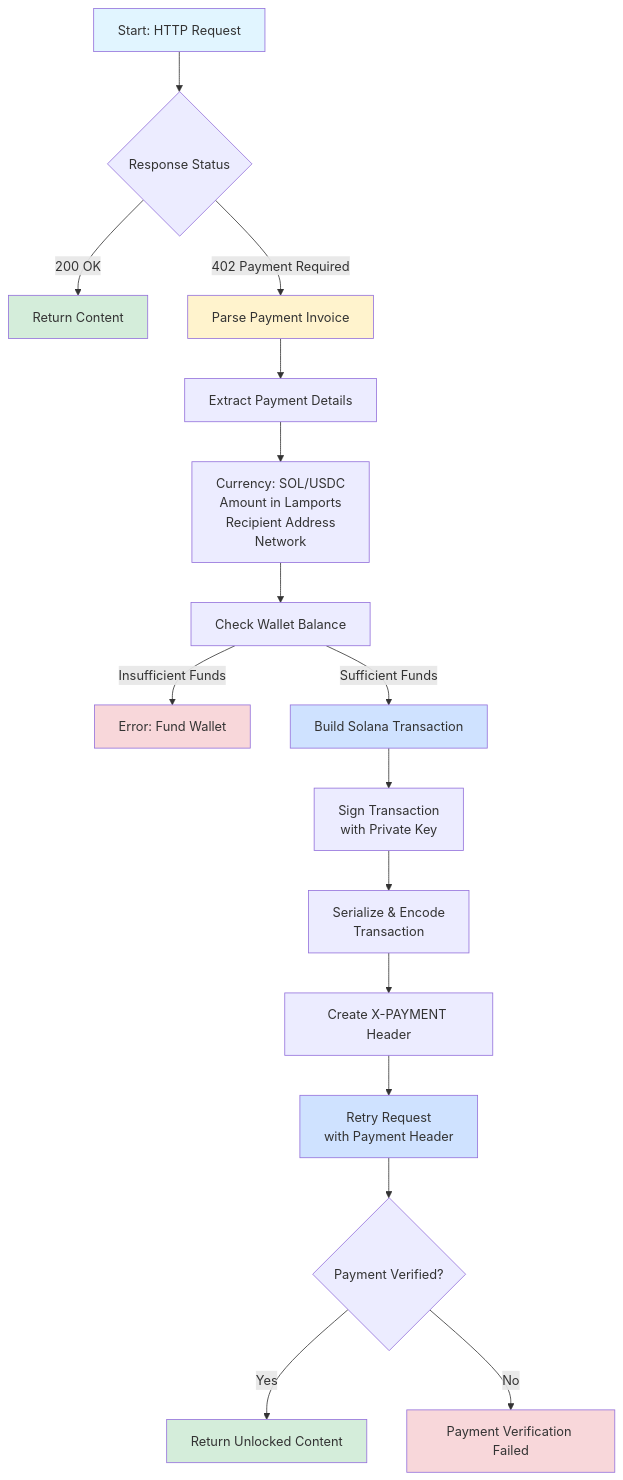
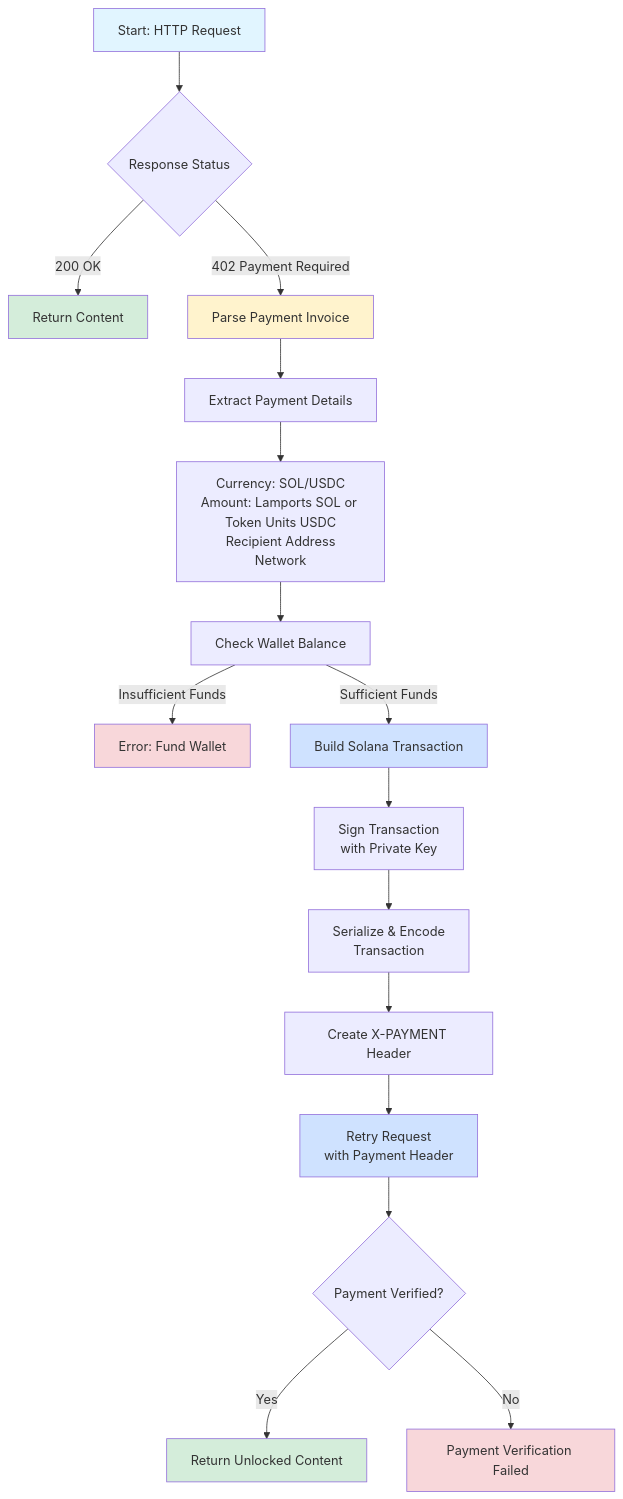
The first of 2 diagrams in main-app/sdk/README.md (Adarsh-Dhar/x402-solana), drawn with Mermaid before and after one commit. The commit also changed 1 other file, not shown here.

Commit message:
Fix diagram accuracy: clarify token units and uncertainty formula

````diff
--- a/main-app/sdk/README.md
+++ b/main-app/sdk/README.md
@@ -17,32 +17,32 @@
 ```mermaid
 flowchart TD
     A[Start: HTTP Request] --> B{Response Status}
     B -->|200 OK| C[Return Content]
     B -->|402 Payment Required| D[Parse Payment Invoice]
     
     D --> E[Extract Payment Details]
-    E --> F[Currency: SOL/USDC<br/>Amount in Lamports<br/>Recipient Address<br/>Network]
+    E --> F[Currency: SOL/USDC<br/>Amount: Lamports SOL or Token Units USDC<br/>Recipient Address<br/>Network]
     
     F --> G[Check Wallet Balance]
     G -->|Insufficient Funds| H[Error: Fund Wallet]
     G -->|Sufficient Funds| I[Build Solana Transaction]
     
     I --> J[Sign Transaction<br/>with Private Key]
     J --> K[Serialize & Encode<br/>Transaction]
     K --> L[Create X-PAYMENT Header]
     
     L --> M[Retry Request<br/>with Payment Header]
     M --> N{Payment Verified?}
     
     N -->|Yes| O[Return Unlocked Content]
     N -->|No| P[Payment Verification Failed]
     
     style A fill:#e1f5ff
     style C fill:#d4edda
     style O fill:#d4edda
     style H fill:#f8d7da
     style P fill:#f8d7da
     style D fill:#fff3cd
     style I fill:#cfe2ff
     style M fill:#cfe2ff
 ```
````
